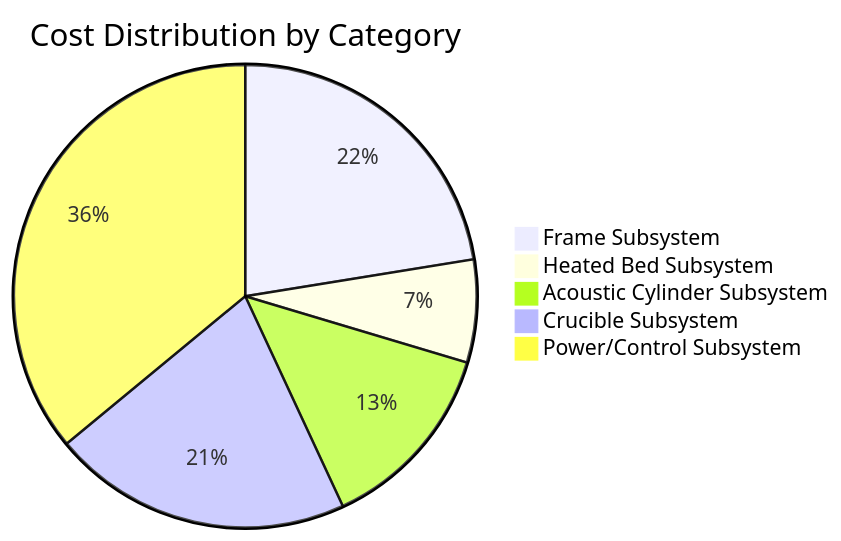
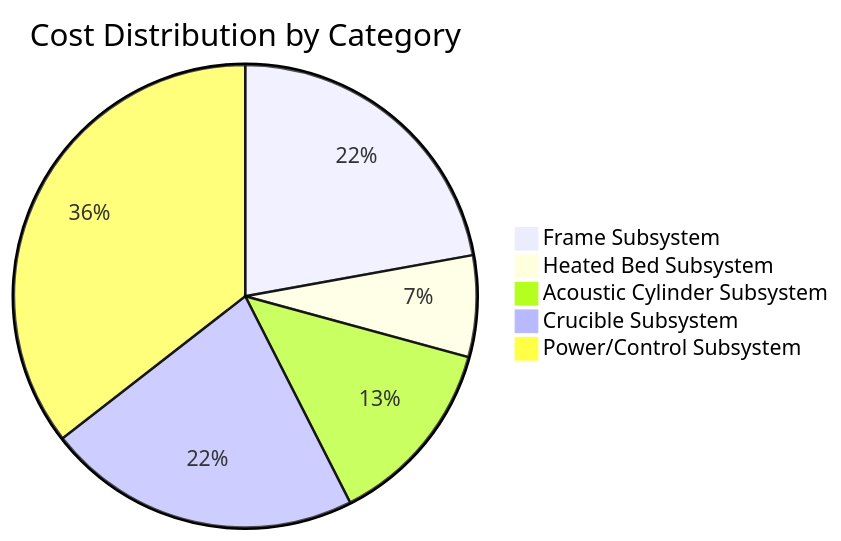
One commit to jnarwell/drip changed the diagram in docs/components/cost.md. Above: the diagram before and after it, drawn with Mermaid. The commit also changed other lines of this file and 112 other files, not shown here.

First line of the commit message:
Remove unrealistic timelines from documentation

````diff
--- a/docs/components/cost.md
+++ b/docs/components/cost.md
@@ -5,8 +5,8 @@
 ```mermaid
 pie title Cost Distribution by Category
     "Frame Subsystem" : 4240
     "Heated Bed Subsystem" : 1356
     "Acoustic Cylinder Subsystem" : 2540
-    "Crucible Subsystem" : 3956
+    "Crucible Subsystem" : 4206
     "Power/Control Subsystem" : 6797
 ```
````
